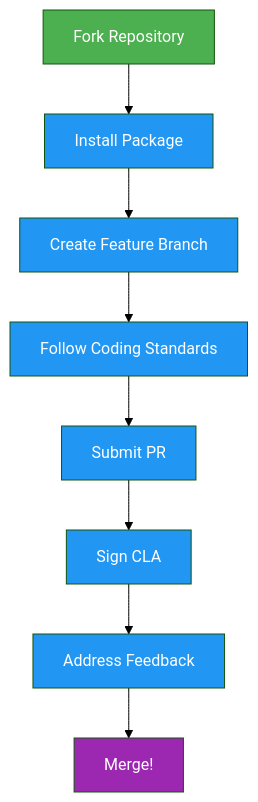
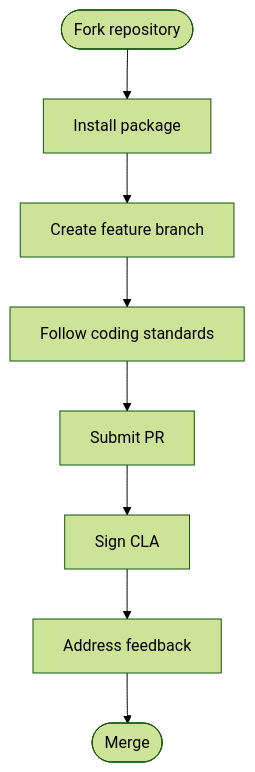
One commit to ultralytics/handbook changed the second of 2 diagrams in docs/en/faq/index.md. Above: the diagram before and after it, drawn with Mermaid (forest theme). The commit also changed other lines of this file and 16 other files, not shown here.

Commit message:
Migrate handbook Mermaid diagrams to the unified design system (#363)

````diff
--- a/docs/en/faq/index.md
+++ b/docs/en/faq/index.md
@@ -233,14 +229,10 @@
     ```mermaid
-    graph TD
-        A[Fork Repository]:::start --> B[Install Package]:::proc
-        B --> C[Create Feature Branch]:::proc
-        C --> D[Follow Coding Standards]:::proc
-        D --> E[Submit PR]:::proc
-        E --> F[Sign CLA]:::proc
-        F --> G[Address Feedback]:::proc
-        G --> H[Merge!]:::out
-
-        classDef start fill:#4CAF50,color:#fff
-        classDef proc fill:#2196F3,color:#fff
-        classDef out fill:#9C27B0,color:#fff
+    flowchart TD
+        A([Fork repository]) --> B[Install package]
+        B --> C[Create feature branch]
+        C --> D[Follow coding standards]
+        D --> E[Submit PR]
+        E --> F[Sign CLA]
+        F --> G[Address feedback]
+        G --> H([Merge])
     ```
````
